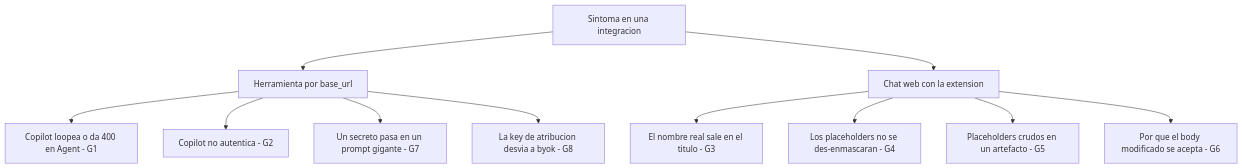
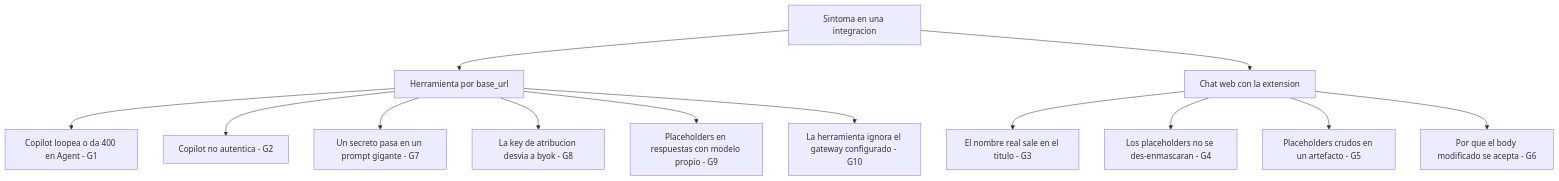
One commit to cluna-8/elea changed the diagram in docs/docs/integrations/gotchas.md. Above: the diagram before and after it, drawn with Mermaid. The commit also changed other lines of this file and 4 other files, not shown here.

First line of the commit message:
spike(019): batch 1 — Ollama upstream + Claude Code modelo propio + Aider/Codex, registro de superficies

````diff
--- a/docs/docs/integrations/gotchas.md
+++ b/docs/docs/integrations/gotchas.md
@@ -21,13 +21,15 @@
 ```mermaid
 flowchart TD
     S[Sintoma en una integracion] --> B[Herramienta por base_url]
     S --> W[Chat web con la extension]
     B --> B1[Copilot loopea o da 400 en Agent - G1]
     B --> B2[Copilot no autentica - G2]
     B --> B3[Un secreto pasa en un prompt gigante - G7]
     B --> B4[La key de atribucion desvia a byok - G8]
+    B --> B5[Placeholders en respuestas con modelo propio - G9]
+    B --> B6[La herramienta ignora el gateway configurado - G10]
     W --> W1[El nombre real sale en el titulo - G3]
     W --> W2[Los placeholders no se des-enmascaran - G4]
     W --> W3[Placeholders crudos en un artefacto - G5]
     W --> W4[Por que el body modificado se acepta - G6]
 ```
````
